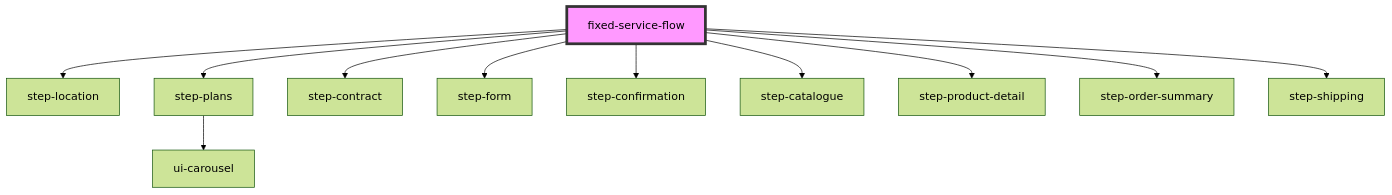
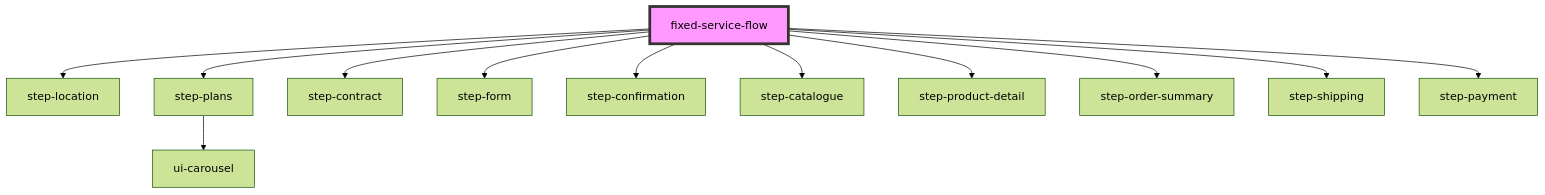
Before and after one commit to smlzjosue/fixed-service-flow-web-component: the diagram in fixed-flow-labs/fixed-service-flow/src/components/fixed-service-flow/readme.md, drawn with Mermaid (forest theme). The commit also changed other lines of this file and 7 other files, not shown here.

First line of the commit message:
feat: add step-payment component for CLARO HOGAR flow

````diff
--- a/fixed-flow-labs/fixed-service-flow/src/components/fixed-service-flow/readme.md
+++ b/fixed-flow-labs/fixed-service-flow/src/components/fixed-service-flow/readme.md
@@ -44,14 +45,15 @@
 ```mermaid
 graph TD;
   fixed-service-flow --> step-location
   fixed-service-flow --> step-plans
   fixed-service-flow --> step-contract
   fixed-service-flow --> step-form
   fixed-service-flow --> step-confirmation
   fixed-service-flow --> step-catalogue
   fixed-service-flow --> step-product-detail
   fixed-service-flow --> step-order-summary
   fixed-service-flow --> step-shipping
+  fixed-service-flow --> step-payment
   step-plans --> ui-carousel
   style fixed-service-flow fill:#f9f,stroke:#333,stroke-width:4px
 ```
````
